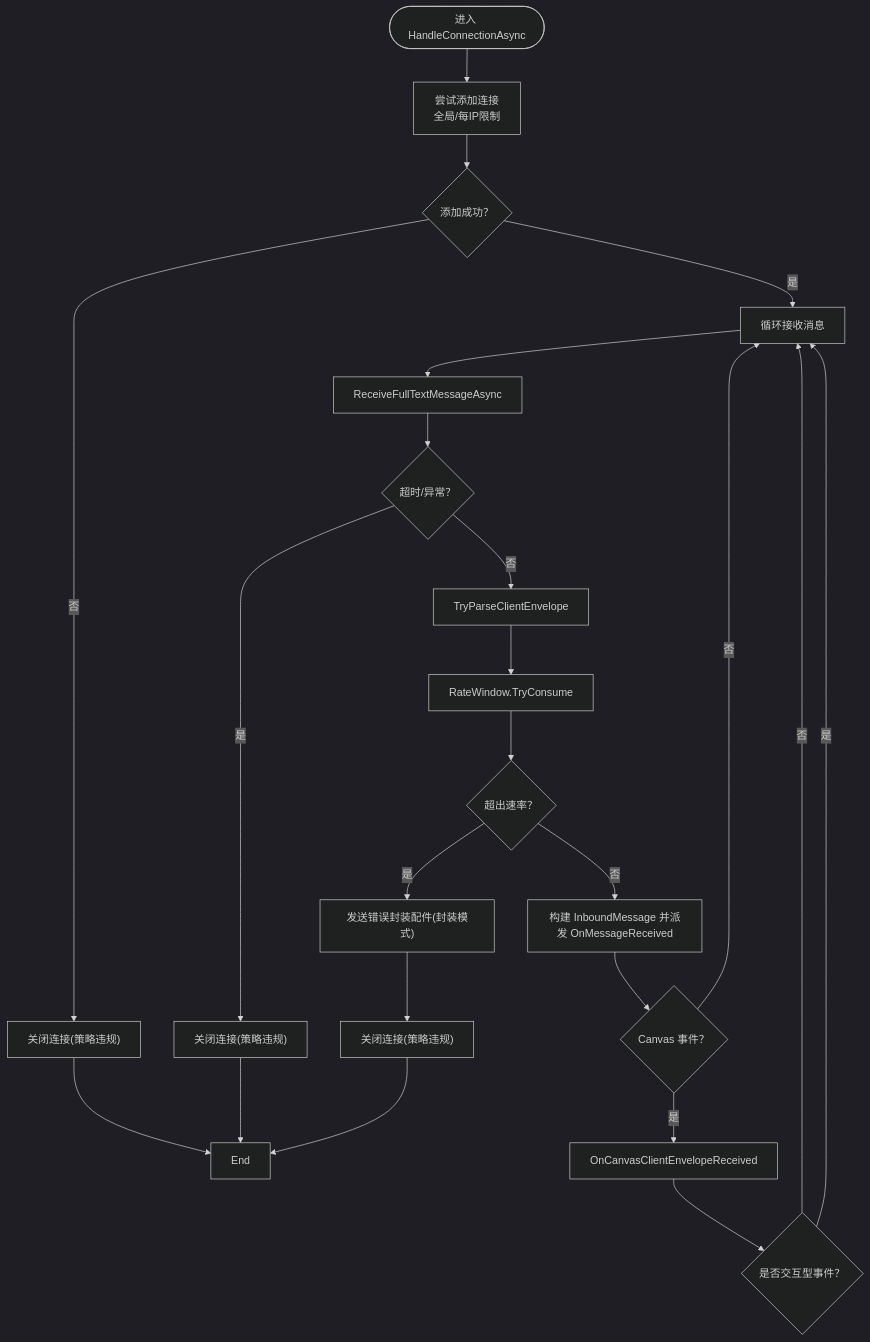
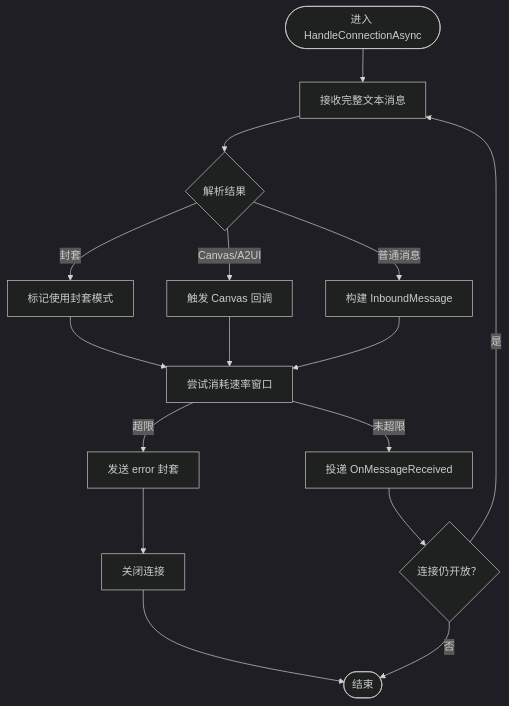
One commit to wayyet/kingcrab changed the third of 4 diagrams in .qoder/repowiki/zh/content/API 参考/WebSocket API.md. Above: the diagram before and after it, drawn with Mermaid (dark theme). The commit also changed other lines of this file and 173 other files, not shown here.

````diff
--- a/.qoder/repowiki/zh/content/API 参考/WebSocket API.md
+++ b/.qoder/repowiki/zh/content/API 参考/WebSocket API.md
@@ -161,20 +186,18 @@
 ```mermaid
 flowchart TD
-Start(["进入 HandleConnectionAsync"]) --> AddConn["尝试添加连接<br/>全局/每IP限制"]
-AddConn --> Added{"添加成功？"}
-Added --> |否| CloseLimit["关闭连接(策略违规)"] --> End
-Added --> |是| Loop["循环接收消息"]
-Loop --> Receive["ReceiveFullTextMessageAsync"]
-Receive --> Timeout{"超时/异常？"}
-Timeout --> |是| CloseRecv["关闭连接(策略违规)"] --> End
-Timeout --> |否| Parse["TryParseClientEnvelope"]
-Parse --> Rate["RateWindow.TryConsume"]
-Rate --> Over{"超出速率？"}
-Over --> |是| SendErr["发送错误封装配件(封装模式)"] --> CloseRate["关闭连接(策略违规)"] --> End
-Over --> |否| Dispatch["构建 InboundMessage 并派发 OnMessageReceived"]
-Dispatch --> Canvas{"Canvas 事件？"}
-Canvas --> |是| FireCanvas["OnCanvasClientEnvelopeReceived"] --> Continue{"是否交互型事件？"}
-Continue --> |否| Loop
-Continue --> |是| Loop
-Canvas --> |否| Loop
+Start(["进入 HandleConnectionAsync"]) --> Recv["接收完整文本消息"]
+Recv --> Parse{"解析结果"}
+Parse --> |封套| Envelope["标记使用封套模式"]
+Parse --> |Canvas/A2UI| RouteCanvas["触发 Canvas 回调"]
+Parse --> |普通消息| BuildMsg["构建 InboundMessage"]
+Envelope --> Rate["尝试消耗速率窗口"]
+RouteCanvas --> Rate
+BuildMsg --> Rate
+Rate --> |超限| SendErr["发送 error 封套"]
+SendErr --> Close["关闭连接"]
+Rate --> |未超限| Dispatch["投递 OnMessageReceived"]
+Dispatch --> Loop{"连接仍开放？"}
+Close --> End(["结束"])
+Loop --> |是| Recv
+Loop --> |否| End
 ```
````
